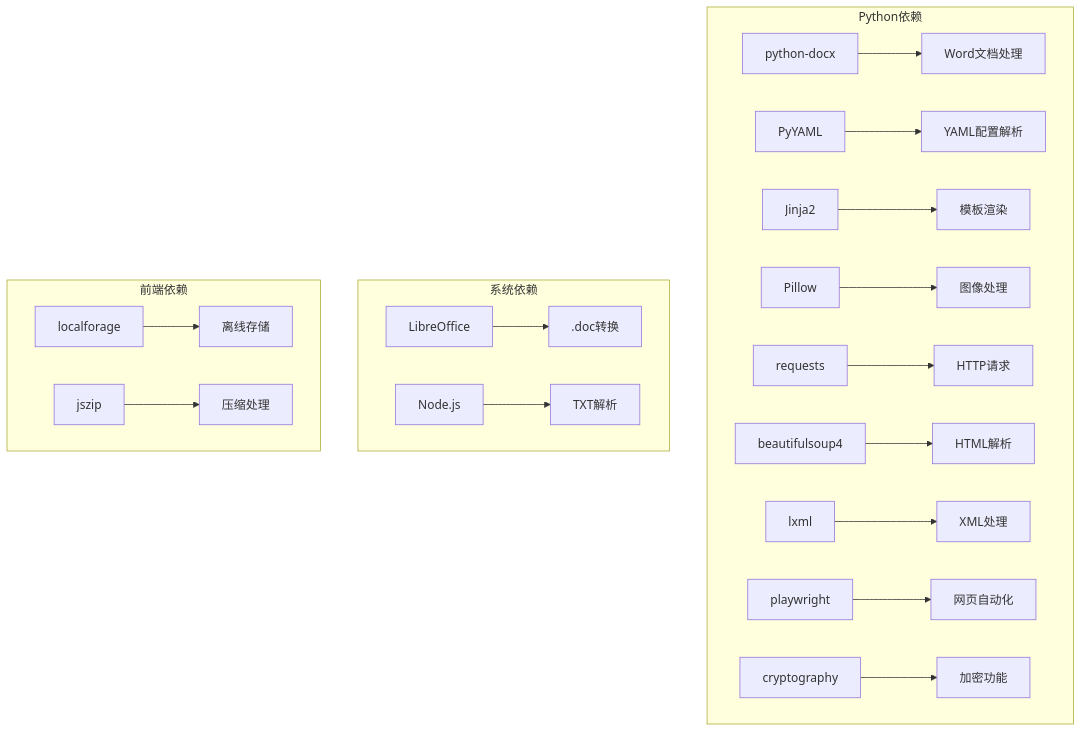
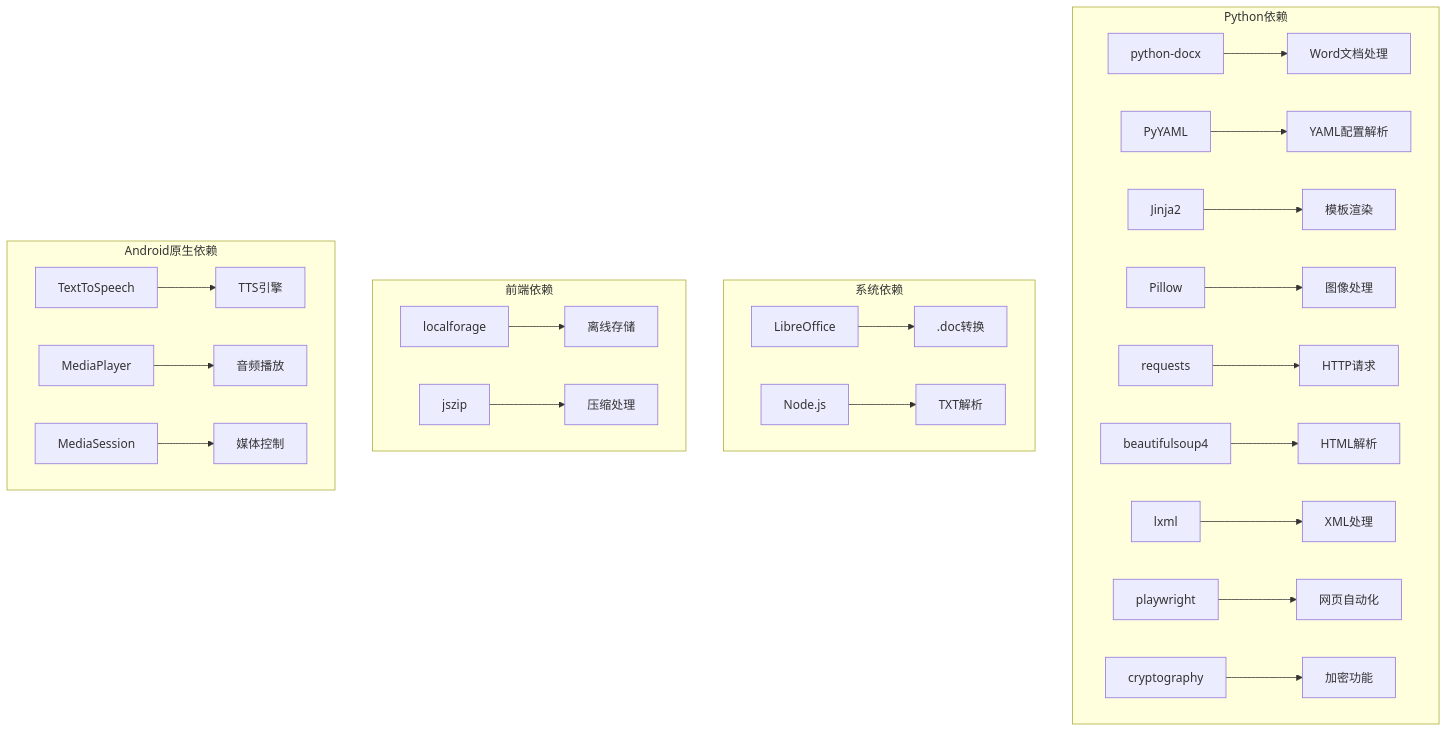
Before and after one commit to zhao-zg/cx: the seventh of 7 diagrams in .qoder/repowiki/zh/content/移动应用开发/TTS静态实例管理系统.md, drawn with Mermaid. The commit also changed other lines of this file and 4 other files, not shown here.

````diff
--- a/.qoder/repowiki/zh/content/移动应用开发/TTS静态实例管理系统.md
+++ b/.qoder/repowiki/zh/content/移动应用开发/TTS静态实例管理系统.md
@@ -265,22 +316,27 @@
 ```mermaid
 graph TB
 subgraph "Python依赖"
 A[python-docx] --> B[Word文档处理]
 C[PyYAML] --> D[YAML配置解析]
 E[Jinja2] --> F[模板渲染]
 G[Pillow] --> H[图像处理]
 I[requests] --> J[HTTP请求]
 K[beautifulsoup4] --> L[HTML解析]
 M[lxml] --> N[XML处理]
 O[playwright] --> P[网页自动化]
 Q[cryptography] --> R[加密功能]
 end
 subgraph "系统依赖"
 S[LibreOffice] --> T[.doc转换]
 U[Node.js] --> V[TXT解析]
 end
 subgraph "前端依赖"
 W[localforage] --> X[离线存储]
 Y[jszip] --> Z[压缩处理]
 end
+subgraph "Android原生依赖"
+AA[TextToSpeech] --> AB[TTS引擎]
+AC[MediaPlayer] --> AD[音频播放]
+AE[MediaSession] --> AF[媒体控制]
+end
 ```
````
